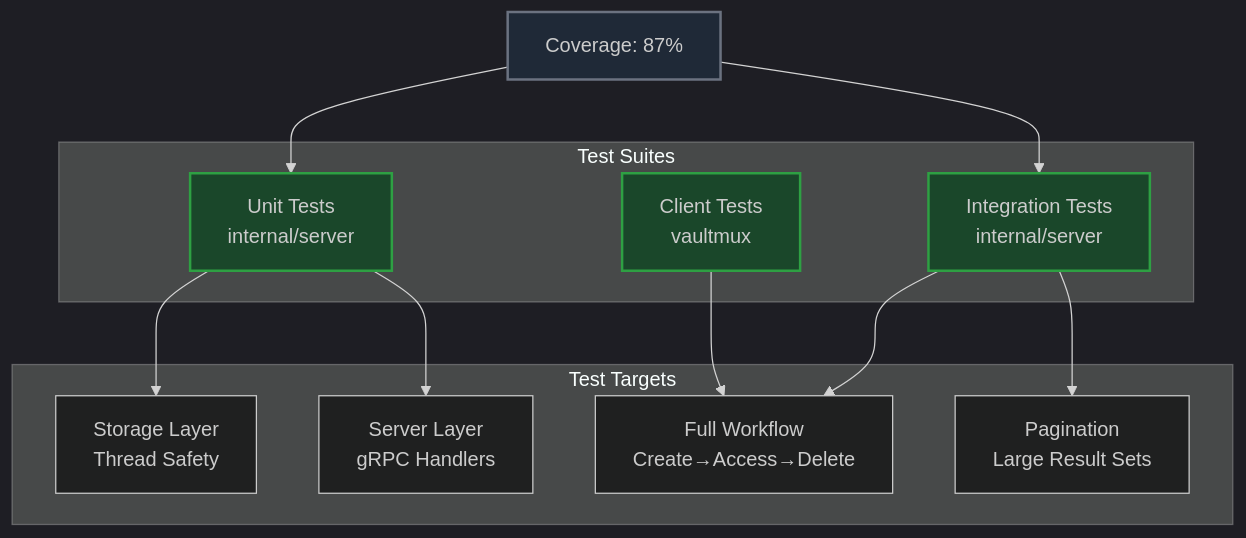
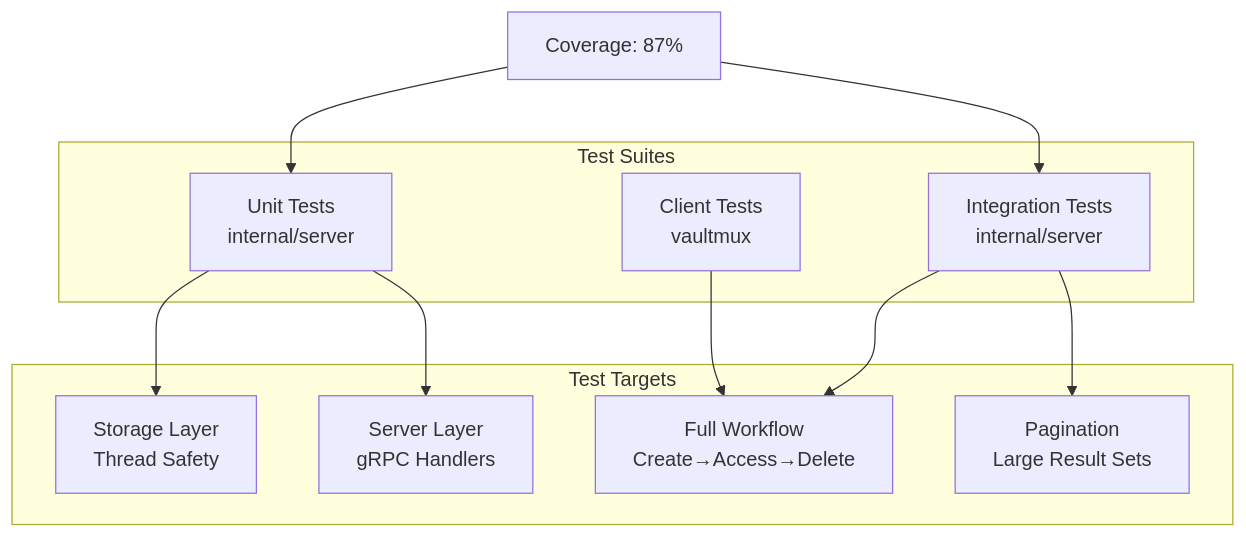
One commit to blackwell-systems/gcp-secret-manager-emulator changed diagram 12 of 12 in ARCHITECTURE.md. Above: the diagram before and after it, drawn with Mermaid. The commit also changed other lines of this file, not shown here.

First line of the commit message:
Fix Mermaid diagram syntax for GitHub rendering

````diff
--- a/ARCHITECTURE.md
+++ b/ARCHITECTURE.md
@@ -405,30 +398,30 @@
 ```mermaid
-%%{init: {'theme':'dark'}}%%
+
 graph TB
     subgraph "Test Suites"
         A[Unit Tests<br/>internal/server]
         B[Integration Tests<br/>internal/server]
         C[Client Tests<br/>vaultmux]
     end
 
     subgraph "Test Targets"
         D[Storage Layer<br/>Thread Safety]
         E[Server Layer<br/>gRPC Handlers]
         F[Full Workflow<br/>Create→Access→Delete]
         G[Pagination<br/>Large Result Sets]
     end
 
     A --> D
     A --> E
     B --> F
     B --> G
     C --> F
 
     H[Coverage: 87%] --> A
     H --> B
 
-    style A fill:#1a472a,stroke:#2ea043,stroke-width:2px
-    style B fill:#1a472a,stroke:#2ea043,stroke-width:2px
-    style C fill:#1a472a,stroke:#2ea043,stroke-width:2px
-    style H fill:#1f2937,stroke:#6b7280,stroke-width:2px
+
+
+
+
 ```
````
